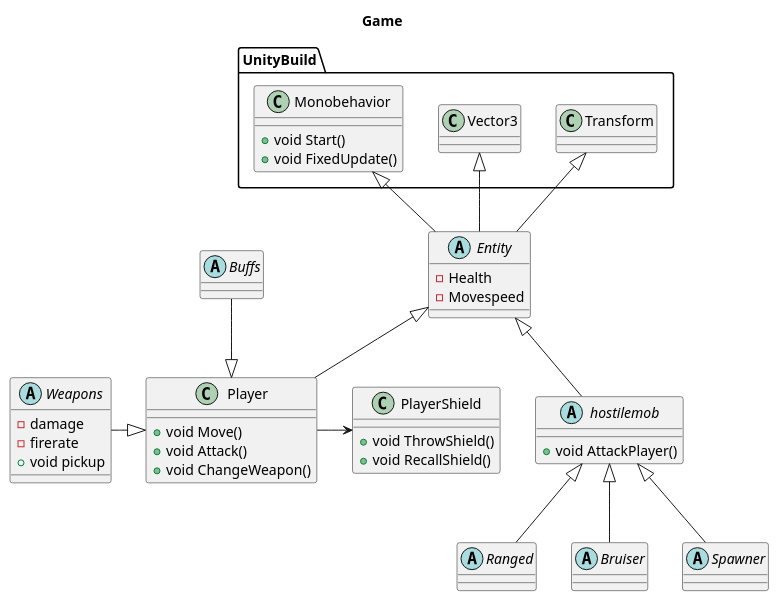
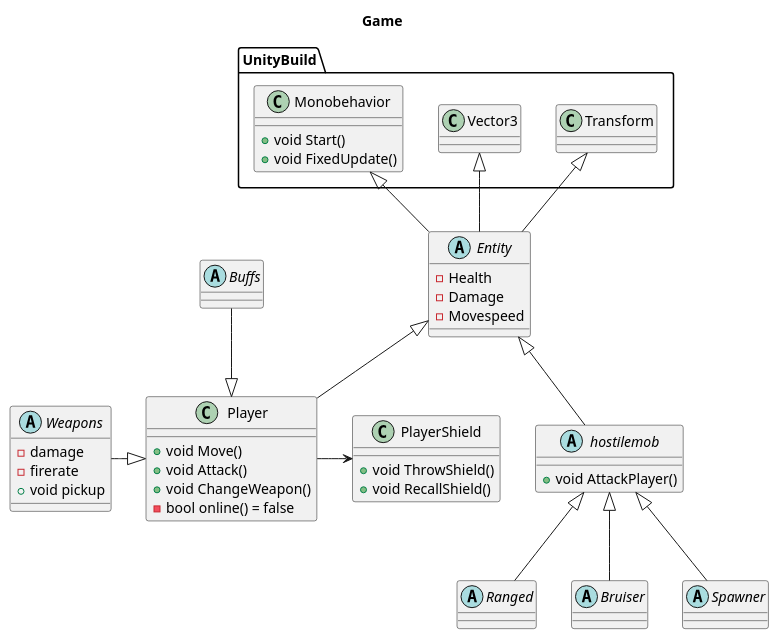
The diagram in Gremory.puml (Ninjamus21/EksamensProjekt2023), drawn with PlantUML before and after one commit. The commit also changed 12 other files, not shown here.

```diff
--- a/Gremory.puml
+++ b/Gremory.puml
@@ -1,72 +1,74 @@
 @startuml
 
 Title Game
 namespace UnityBuild{
 class Monobehavior{
 +void Start()
 +void FixedUpdate()
 }
 class Vector3{
 
 }
 class Transform{
 
 }
 }
 
 class Player{
 
 + void Move()
 + void Attack()
 + void ChangeWeapon()
+- bool online() = false
 }
 
 abstract class Entity{
 - Health
+- Damage
 - Movespeed
 
 }
 abstract class hostilemob{
 + void AttackPlayer()
 
 }
 abstract class Ranged{
 
 }
 abstract class Bruiser{
 
 }
 abstract class Spawner{
 
 }
 
 class PlayerShield{
 + void ThrowShield()
 + void RecallShield()
 }
 
 abstract class Weapons{
 - damage
 - firerate
 + void pickup
 }
 
 abstract class Buffs{
 
 }
 
 
 hostilemob -up-|> Entity
 Player -up-|> Entity 
 hostilemob <|-- Ranged
 hostilemob <|-- Bruiser
 hostilemob <|-- Spawner 
 Entity -up-|> UnityBuild.Monobehavior
 Entity -up-|> UnityBuild.Vector3
 Entity -up-|> UnityBuild.Transform
 Player -> PlayerShield
 Weapons -|> Player
 Buffs --|> Player
 
 
 @enduml
```
